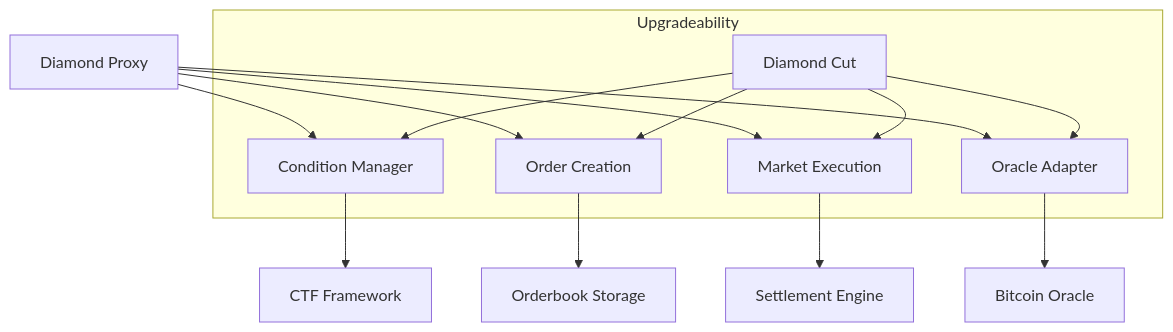
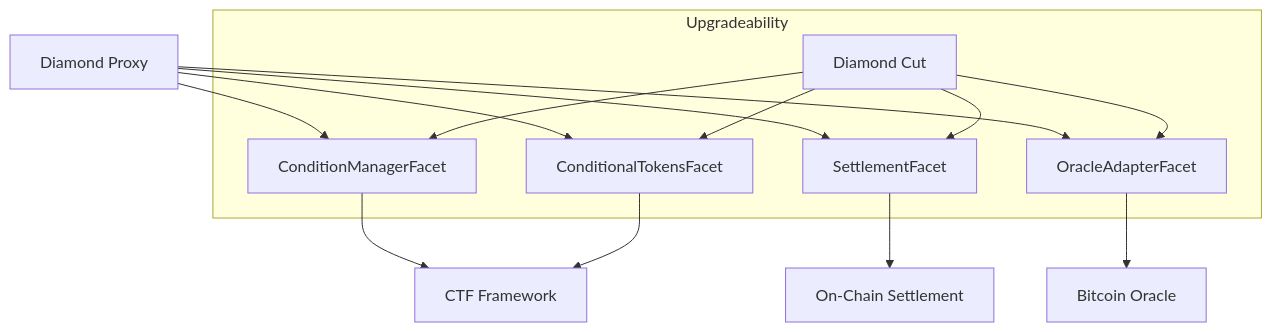
One commit to Doefin/doefin-v2 changed the fifth of 5 diagrams in docs/flows/CONDITION_LIFECYCLE.md. Above: the diagram before and after it, drawn with Mermaid. The commit also changed other lines of this file and 8 other files, not shown here.

First line of the commit message:
docs: refresh architecture and flow docs for v3 contract state

````diff
--- a/docs/flows/CONDITION_LIFECYCLE.md
+++ b/docs/flows/CONDITION_LIFECYCLE.md
@@ -912,20 +898,20 @@
 ```mermaid
 graph TD
-    A[Diamond Proxy] --> B[Condition Manager]
-    A --> C[Order Creation]
-    A --> D[Market Execution]
-    A --> E[Oracle Adapter]
-    
+    A[Diamond Proxy] --> B[ConditionManagerFacet]
+    A --> C[SettlementFacet]
+    A --> D[ConditionalTokensFacet]
+    A --> E[OracleAdapterFacet]
+
     B --> F[CTF Framework]
-    C --> G[Orderbook Storage]
-    D --> H[Settlement Engine]
+    C --> G[On-Chain Settlement]
+    D --> F
     E --> I[Bitcoin Oracle]
-    
+
     subgraph "Upgradeability"
         J[Diamond Cut]
         J --> B
         J --> C
         J --> D
         J --> E
     end
 ```
````
